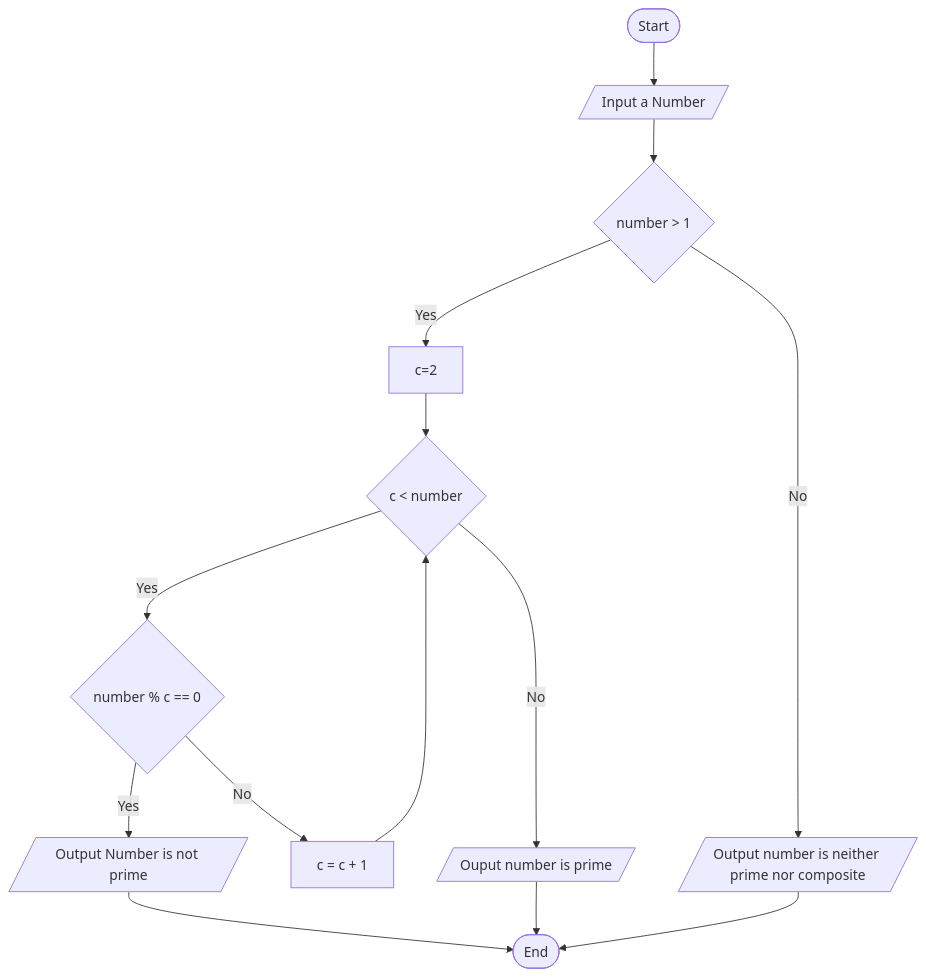
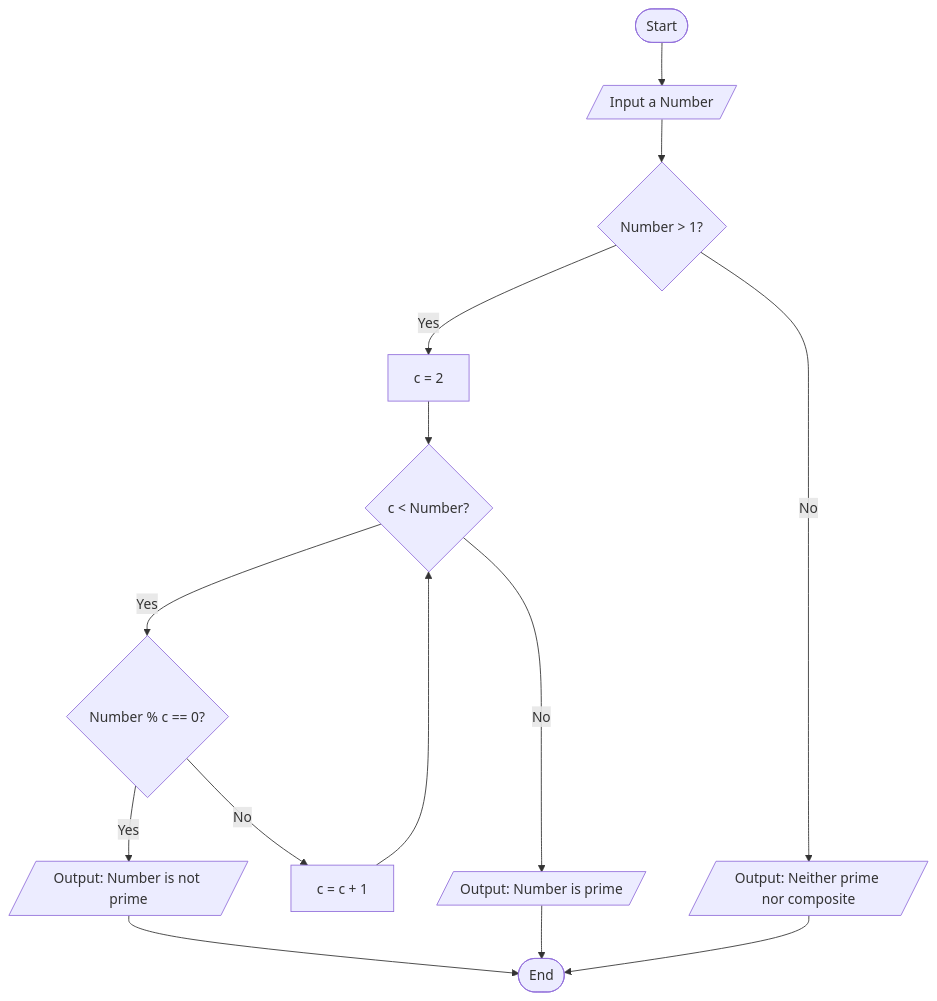
Before and after one commit to SamikshaRani/Core-Learning: the fourth of 4 diagrams in Java-Basics/raw_notes/03_flow_of_program.md, drawn with Mermaid. The commit also changed other lines of this file and 1 other file, not shown here.

````diff
--- a/Java-Basics/raw_notes/03_flow_of_program.md
+++ b/Java-Basics/raw_notes/03_flow_of_program.md
@@ -55,21 +55,22 @@
-```mermaid 
+```mermaid
 graph TD
     A([Start]) --> B[/Input a Number/]
-    B --> J{"number > 1"}
+    B --> J{"Number > 1?"}
 
-    J -->|Yes| C["c=2"]
-    C --> E{"c < number"}
+    J -->|Yes| C["c = 2"]
+    C --> E{"c < Number?"}
 
-    E -->|Yes| F{"number % c == 0"}
-    F -->|Yes| G[/Output Number is not prime/]
+    E -->|Yes| F{"Number % c == 0?"}
+    F -->|Yes| G[/Output: Number is not prime/]
     G --> I([End])
 
     F -->|No| D["c = c + 1"]
     D --> E
 
-    E --> |No| H[/Ouput number is prime/]
+    E -->|No| H[/Output: Number is prime/]
     H --> I
 
-    J -->|No| K[/Output number is neither prime nor composite/]
+    J -->|No| K[/Output: Neither prime nor composite/]
     K --> I
-``` 
+
+```
````
